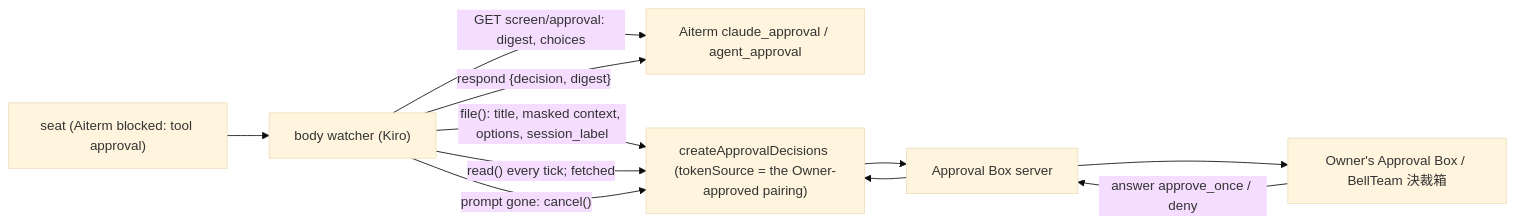
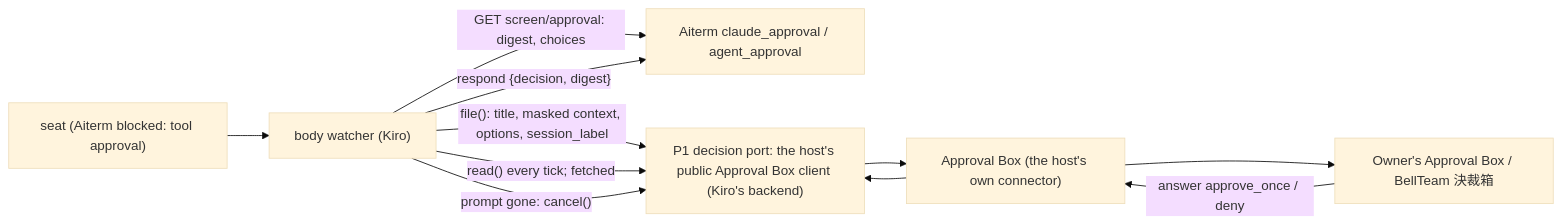
Before and after one commit to kitepon/BellTeam: the second of 2 diagrams in docs/architecture/modules/approval-box-extension/seat-approval-card.md, drawn with Mermaid (base theme). The commit also changed other lines of this file and 47 other files, not shown here.

First line of the commit message:
Remove the hosted Approval Box daemon, its door, the pairing and the seat-link QR tool

````diff
--- a/docs/architecture/modules/approval-box-extension/seat-approval-card.md
+++ b/docs/architecture/modules/approval-box-extension/seat-approval-card.md
@@ -107,11 +66,11 @@
 ```mermaid
 flowchart LR
   Seat["seat (Aiterm blocked: tool approval)"] --> Watch["body watcher (Kiro)"]
   Watch -->|"GET screen/approval: digest, choices"| Aiterm["Aiterm claude_approval / agent_approval"]
-  Watch -->|"file(): title, masked context, options, session_label"| Door["createApprovalDecisions (tokenSource = the Owner-approved pairing)"]
-  Door --> Server["Approval Box server"] --> Phone["Owner's Approval Box / BellTeam 決裁箱"]
+  Watch -->|"file(): title, masked context, options, session_label"| Door["P1 decision port: the host's public Approval Box client (Kiro's backend)"]
+  Door --> Server["Approval Box (the host's own connector)"] --> Phone["Owner's Approval Box / BellTeam 決裁箱"]
   Phone -->|"answer approve_once / deny"| Server --> Door
   Watch -->|"read() every tick; fetched"| Door
   Watch -->|"respond {decision, digest}"| Aiterm
   Watch -->|"prompt gone: cancel()"| Door
 ```
````
